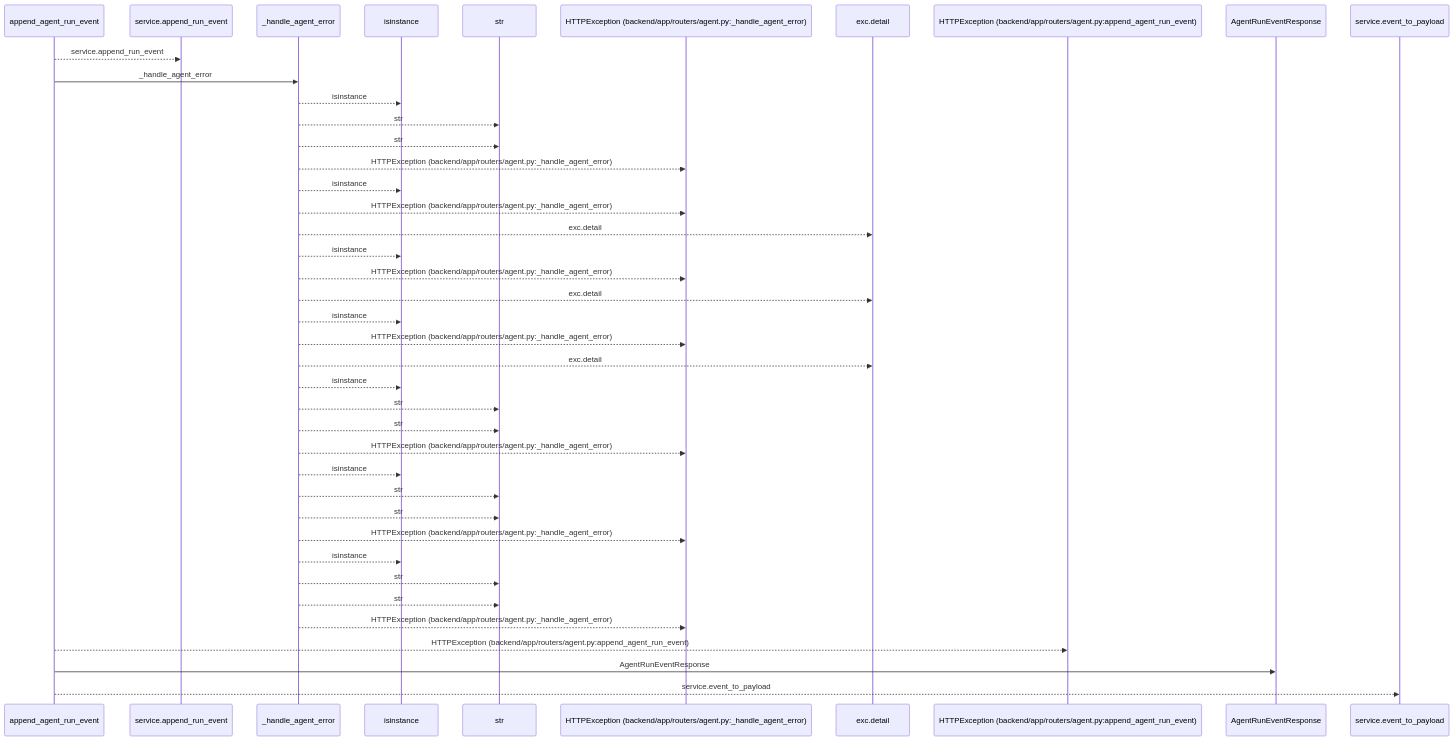
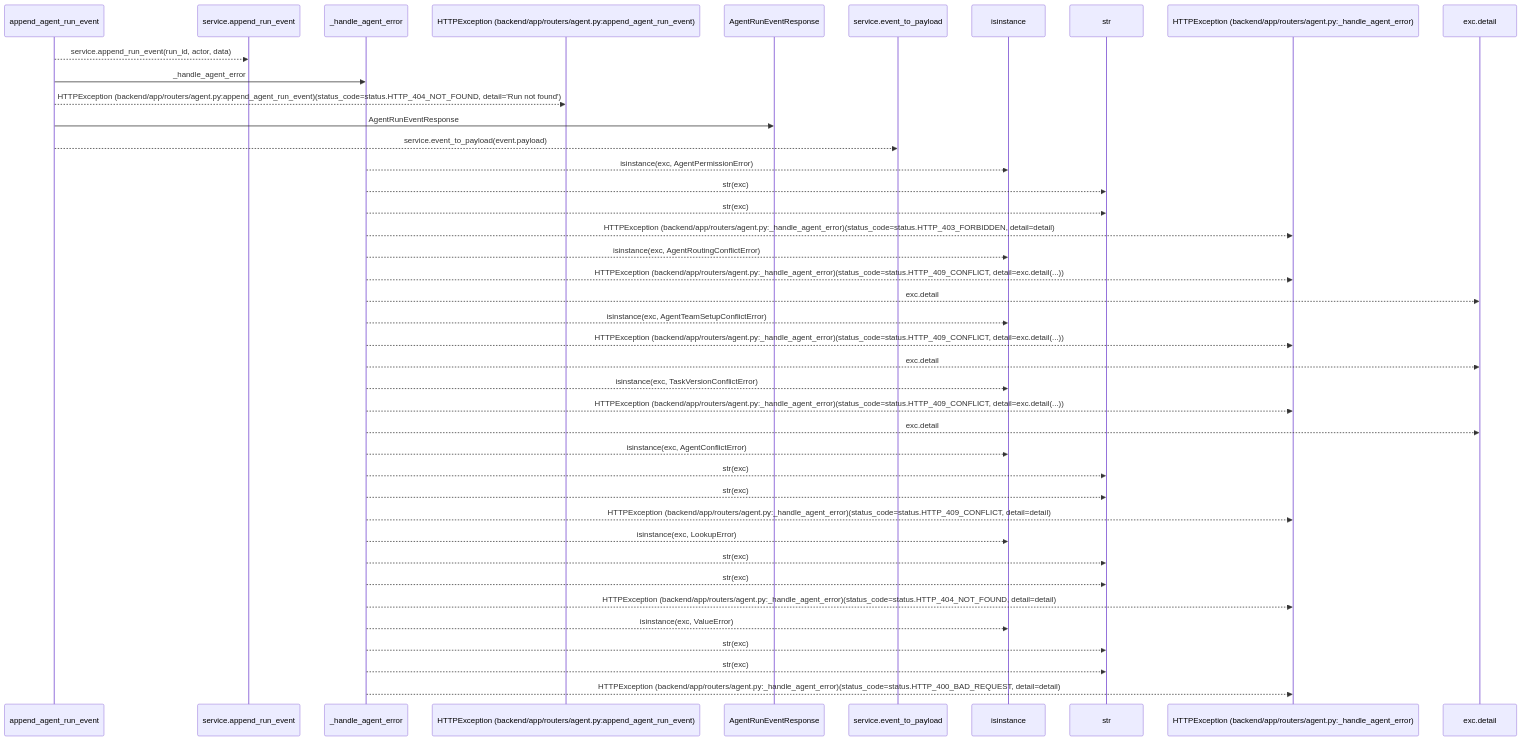
One commit to Denissvgn/WorkChord changed the first of 2 diagrams in docs/llm_wiki/flows/http-append_agent_run_event.md. Above: the diagram before and after it, drawn with Mermaid. The commit also changed other lines of this file and 25171 other files, not shown here.

````diff
--- a/docs/llm_wiki/flows/http-append_agent_run_event.md
+++ b/docs/llm_wiki/flows/http-append_agent_run_event.md
@@ -10,43 +12,43 @@
 ```mermaid
 sequenceDiagram
     participant p0 as append_agent_run_event
     participant p1 as service.append_run_event
     participant p2 as _handle_agent_error
-    participant p3 as isinstance
-    participant p4 as str
-    participant p5 as HTTPException (backend/app/routers/agent.py:_handle_agent_error)
-    participant p6 as exc.detail
-    participant p7 as HTTPException (backend/app/routers/agent.py:append_agent_run_event)
-    participant p8 as AgentRunEventResponse
-    participant p9 as service.event_to_payload
-    p0-->>p1: service.append_run_event
+    participant p3 as HTTPException (backend/app/routers/agent.py:append_agent_run_event)
+    participant p4 as AgentRunEventResponse
+    participant p5 as service.event_to_payload
+    participant p6 as isinstance
+    participant p7 as str
+    participant p8 as HTTPException (backend/app/routers/agent.py:_handle_agent_error)
+    participant p9 as exc.detail
+    p0-->>p1: service.append_run_event(run_id, actor, data)
     p0->>p2: _handle_agent_error
-    p2-->>p3: isinstance
-    p2-->>p4: str
-    p2-->>p4: str
-    p2-->>p5: HTTPException (backend/app/routers/agent.py:_handle_agent_error)
-    p2-->>p3: isinstance
-    p2-->>p5: HTTPException (backend/app/routers/agent.py:_handle_agent_error)
-    p2-->>p6: exc.detail
-    p2-->>p3: isinstance
-    p2-->>p5: HTTPException (backend/app/routers/agent.py:_handle_agent_error)
-    p2-->>p6: exc.detail
-    p2-->>p3: isinstance
-    p2-->>p5: HTTPException (backend/app/routers/agent.py:_handle_agent_error)
-    p2-->>p6: exc.detail
-    p2-->>p3: isinstance
-    p2-->>p4: str
-    p2-->>p4: str
-    p2-->>p5: HTTPException (backend/app/routers/agent.py:_handle_agent_error)
-    p2-->>p3: isinstance
-    p2-->>p4: str
-    p2-->>p4: str
-    p2-->>p5: HTTPException (backend/app/routers/agent.py:_handle_agent_error)
-    p2-->>p3: isinstance
-    p2-->>p4: str
-    p2-->>p4: str
-    p2-->>p5: HTTPException (backend/app/routers/agent.py:_handle_agent_error)
-    p0-->>p7: HTTPException (backend/app/routers/agent.py:append_agent_run_event)
-    p0->>p8: AgentRunEventResponse
-    p0-->>p9: service.event_to_payload
+    p0-->>p3: HTTPException (backend/app/routers/agent.py:append_agent_run_event)(status_code=status.HTTP_404_NOT_FOUND, detail='Run not found')
+    p0->>p4: AgentRunEventResponse
+    p0-->>p5: service.event_to_payload(event.payload)
+    p2-->>p6: isinstance(exc, AgentPermissionError)
+    p2-->>p7: str(exc)
+    p2-->>p7: str(exc)
+    p2-->>p8: HTTPException (backend/app/routers/agent.py:_handle_agent_error)(status_code=status.HTTP_403_FORBIDDEN, detail=detail)
+    p2-->>p6: isinstance(exc, AgentRoutingConflictError)
+    p2-->>p8: HTTPException (backend/app/routers/agent.py:_handle_agent_error)(status_code=status.HTTP_409_CONFLICT, detail=exc.detail(...))
+    p2-->>p9: exc.detail
+    p2-->>p6: isinstance(exc, AgentTeamSetupConflictError)
+    p2-->>p8: HTTPException (backend/app/routers/agent.py:_handle_agent_error)(status_code=status.HTTP_409_CONFLICT, detail=exc.detail(...))
+    p2-->>p9: exc.detail
+    p2-->>p6: isinstance(exc, TaskVersionConflictError)
+    p2-->>p8: HTTPException (backend/app/routers/agent.py:_handle_agent_error)(status_code=status.HTTP_409_CONFLICT, detail=exc.detail(...))
+    p2-->>p9: exc.detail
+    p2-->>p6: isinstance(exc, AgentConflictError)
+    p2-->>p7: str(exc)
+    p2-->>p7: str(exc)
+    p2-->>p8: HTTPException (backend/app/routers/agent.py:_handle_agent_error)(status_code=status.HTTP_409_CONFLICT, detail=detail)
+    p2-->>p6: isinstance(exc, LookupError)
+    p2-->>p7: str(exc)
+    p2-->>p7: str(exc)
+    p2-->>p8: HTTPException (backend/app/routers/agent.py:_handle_agent_error)(status_code=status.HTTP_404_NOT_FOUND, detail=detail)
+    p2-->>p6: isinstance(exc, ValueError)
+    p2-->>p7: str(exc)
+    p2-->>p7: str(exc)
+    p2-->>p8: HTTPException (backend/app/routers/agent.py:_handle_agent_error)(status_code=status.HTTP_400_BAD_REQUEST, detail=detail)
 ```
````
